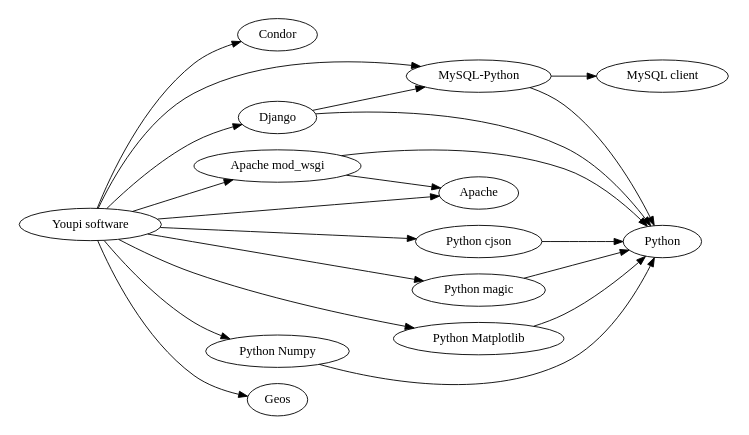
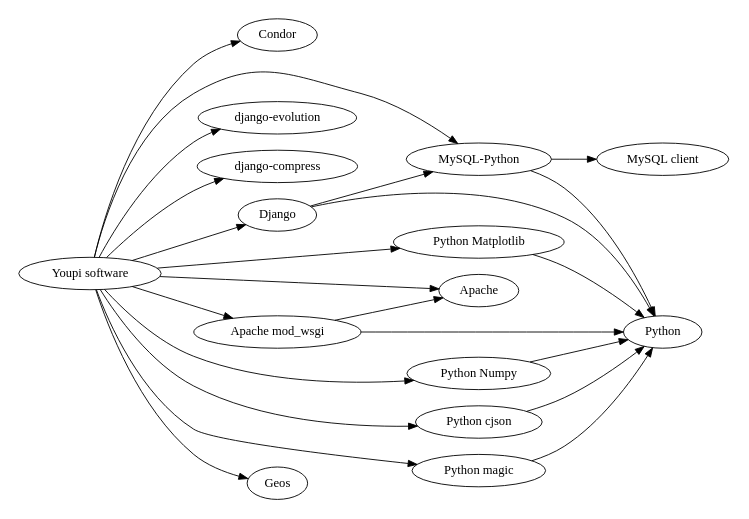
One commit to gotsunami/Youpi changed the diagram in doc/handbook/figures/dependencies_tree_cluster.dot. Above: the diagram before and after it, drawn with Graphviz. The commit also changed 35 other files, not shown here.

First line of the commit message:
Bug 218: removed django-compress from Youpi and use standalone version

```diff
--- a/doc/handbook/figures/dependencies_tree_cluster.dot
+++ b/doc/handbook/figures/dependencies_tree_cluster.dot
@@ -1,40 +1,44 @@
 digraph G {
 	size="5,5";
 	rankdir = LR;
 
 	youpi [label="Youpi software"];
 	condor [label="Condor"];
 	django [label="Django"];
+	django_evolution [label="django-evolution"];
+	django_compress [label="django-compress"];
 	modwsgi [label="Apache mod_wsgi"];
 	mysqlpython [label="MySQL-Python"];
 	python [label="Python"];
 	pythoncjson	[label="Python cjson"];
 	pythonmagic	[label="Python magic"];
 	pythonmplib	[label="Python Matplotlib"];
 	pythonnumpy	[label="Python Numpy"];
 	apache [label="Apache"];
 	mysql [label="MySQL client"];
 	geos [label="Geos"];
 
 	youpi -> apache;
 	youpi -> condor;
 	youpi -> django;
+	youpi -> django_evolution;
+	youpi -> django_compress;
 	youpi -> modwsgi;
 	youpi -> pythoncjson;
 	youpi -> pythonmagic;
 	youpi -> pythonmplib;
 	youpi -> pythonnumpy;
 	youpi -> mysqlpython;
 	youpi -> geos;
 
 	mysqlpython -> mysql;
 	django -> python;
 	django -> mysqlpython;
 	modwsgi -> apache;
 	modwsgi -> python;
 	pythonmagic -> python;
 	pythonmplib -> python;
 	pythoncjson -> python;
 	pythonnumpy -> python;
 	mysqlpython -> python;
 }
```
